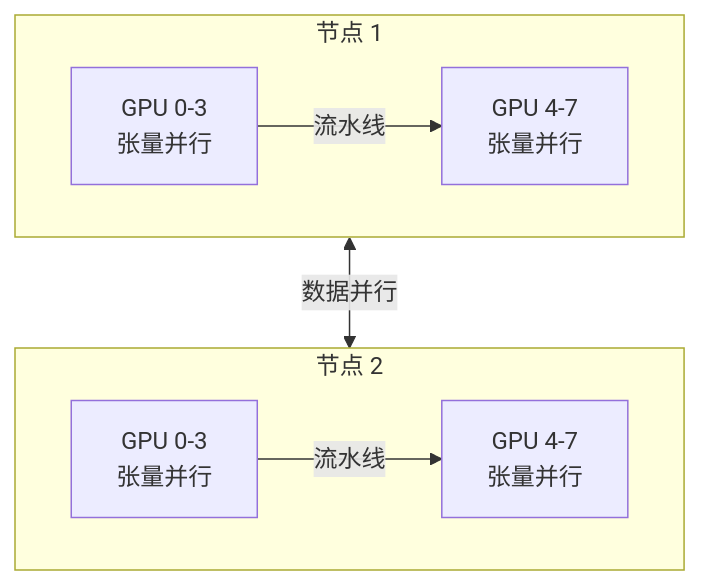
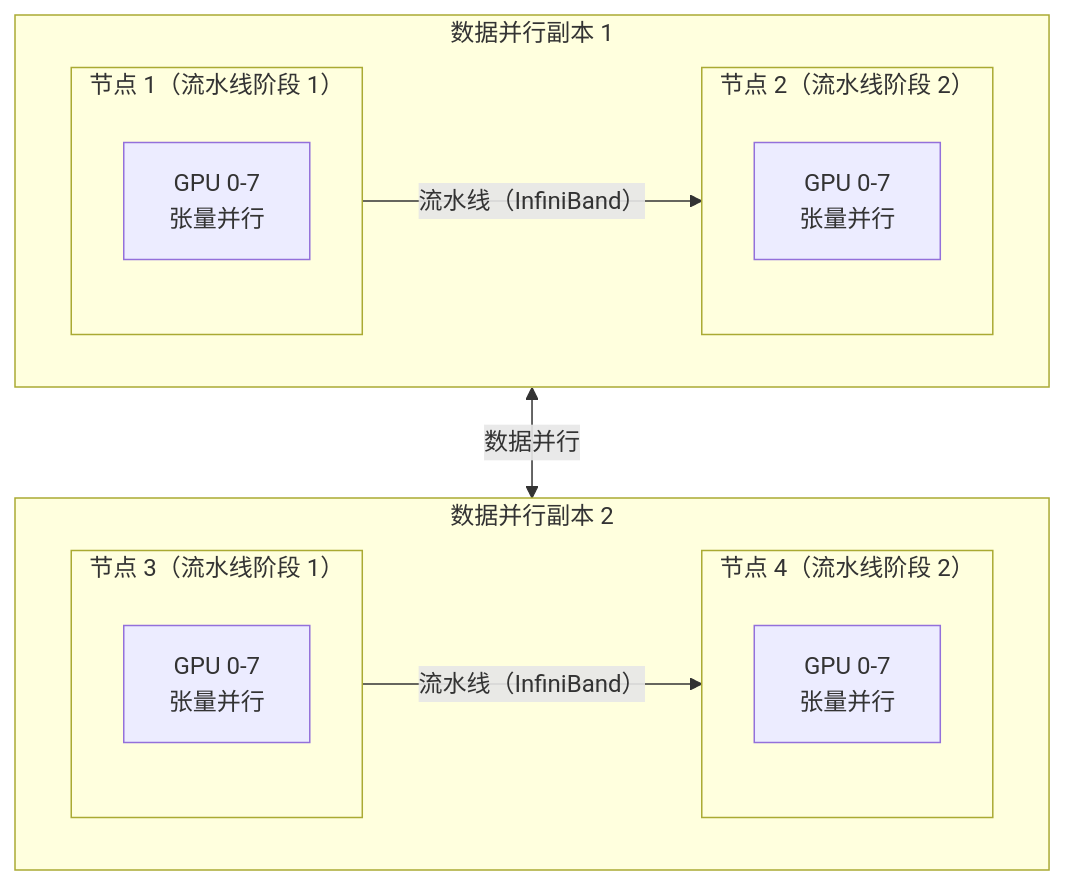
The diagram in 07_distributed_training/7.4_pipeline_hybrid.md (yeasy/llm_internals), drawn with Mermaid before and after one commit. The commit also changed 8 other files, not shown here.

````diff
--- a/07_distributed_training/7.4_pipeline_hybrid.md
+++ b/07_distributed_training/7.4_pipeline_hybrid.md
@@ -23,14 +23,22 @@
 ```mermaid
 graph TB
-    subgraph node1["节点 1"]
-        g1["GPU 0-3<br/>张量并行"]
-        g2["GPU 4-7<br/>张量并行"]
-        g1 -->|"流水线"| g2
+    subgraph replica1["数据并行副本 1"]
+        subgraph node1["节点 1（流水线阶段 1）"]
+            g1["GPU 0-7<br/>张量并行"]
+        end
+        subgraph node2["节点 2（流水线阶段 2）"]
+            g2["GPU 0-7<br/>张量并行"]
+        end
+        node1 -->|"流水线（InfiniBand）"| node2
     end
-    subgraph node2["节点 2"]
-        g3["GPU 0-3<br/>张量并行"]
-        g4["GPU 4-7<br/>张量并行"]
-        g3 -->|"流水线"| g4
+    subgraph replica2["数据并行副本 2"]
+        subgraph node3["节点 3（流水线阶段 1）"]
+            g3["GPU 0-7<br/>张量并行"]
+        end
+        subgraph node4["节点 4（流水线阶段 2）"]
+            g4["GPU 0-7<br/>张量并行"]
+        end
+        node3 -->|"流水线（InfiniBand）"| node4
     end
-    node1 <-->|"数据并行"| node2
+    replica1 <-->|"数据并行"| replica2
 ```
````
